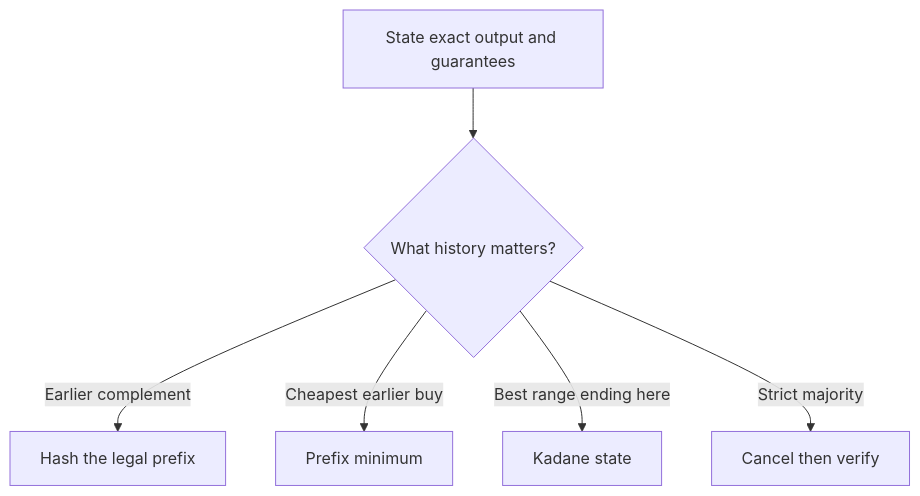
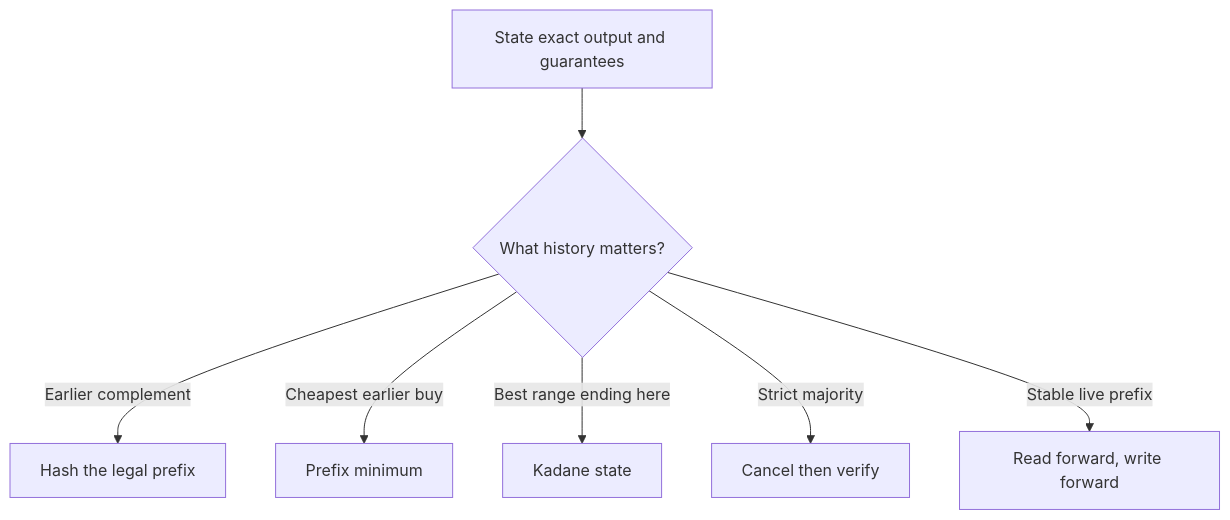
Before and after one commit to pandeyprabhanshu7-beep/DSA: diagram 14 of 20 in study-guides/striver-dsa/arrays/guide.md, drawn with Mermaid. The commit also changed other lines of this file and 5 other files, not shown here.

````diff
--- a/study-guides/striver-dsa/arrays/guide.md
+++ b/study-guides/striver-dsa/arrays/guide.md
@@ -676,8 +678,9 @@
 ```mermaid
 flowchart TD
     A[State exact output and guarantees] --> B{What history matters?}
     B -->|Earlier complement| C[Hash the legal prefix]
     B -->|Cheapest earlier buy| D[Prefix minimum]
     B -->|Best range ending here| E[Kadane state]
     B -->|Strict majority| F[Cancel then verify]
+    B -->|Stable live prefix| G[Read forward, write forward]
 ```
````
